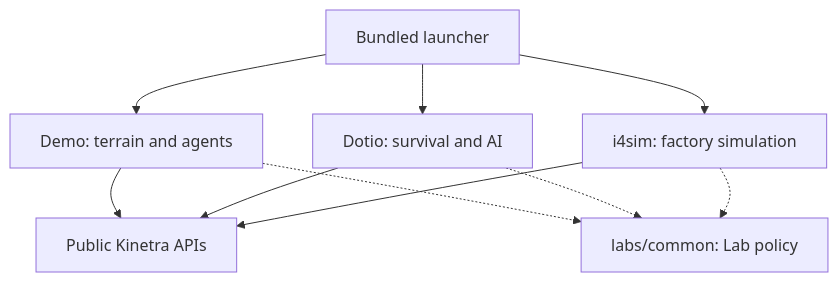
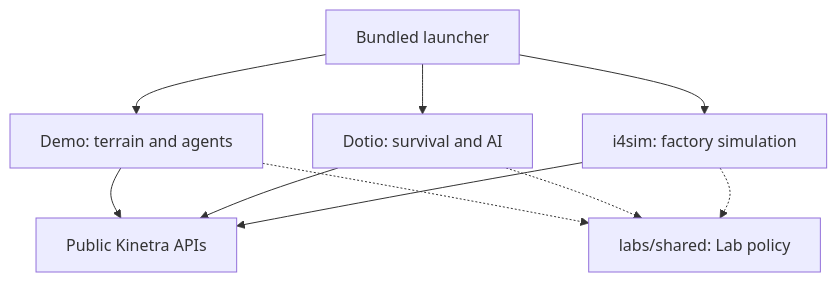
One commit to SMB-M87/Kinetra-Lab changed the diagram in labs/README.md. Above: the diagram before and after it, drawn with Mermaid. The commit also changed other lines of this file and 297 other files, not shown here.

````diff
--- a/labs/README.md
+++ b/labs/README.md
@@ -20,12 +20,12 @@
 ```mermaid
 flowchart TD
     Launcher["Bundled launcher"] --> Demo["Demo: terrain and agents"]
     Launcher --> Dotio["Dotio: survival and AI"]
     Launcher --> Factory["i4sim: factory simulation"]
     Demo --> Engine["Public Kinetra APIs"]
     Dotio --> Engine
     Factory --> Engine
-    Demo -.-> Common["labs/common: Lab policy"]
+    Demo -.-> Common["labs/shared: Lab policy"]
     Dotio -.-> Common
     Factory -.-> Common
 ```
````
